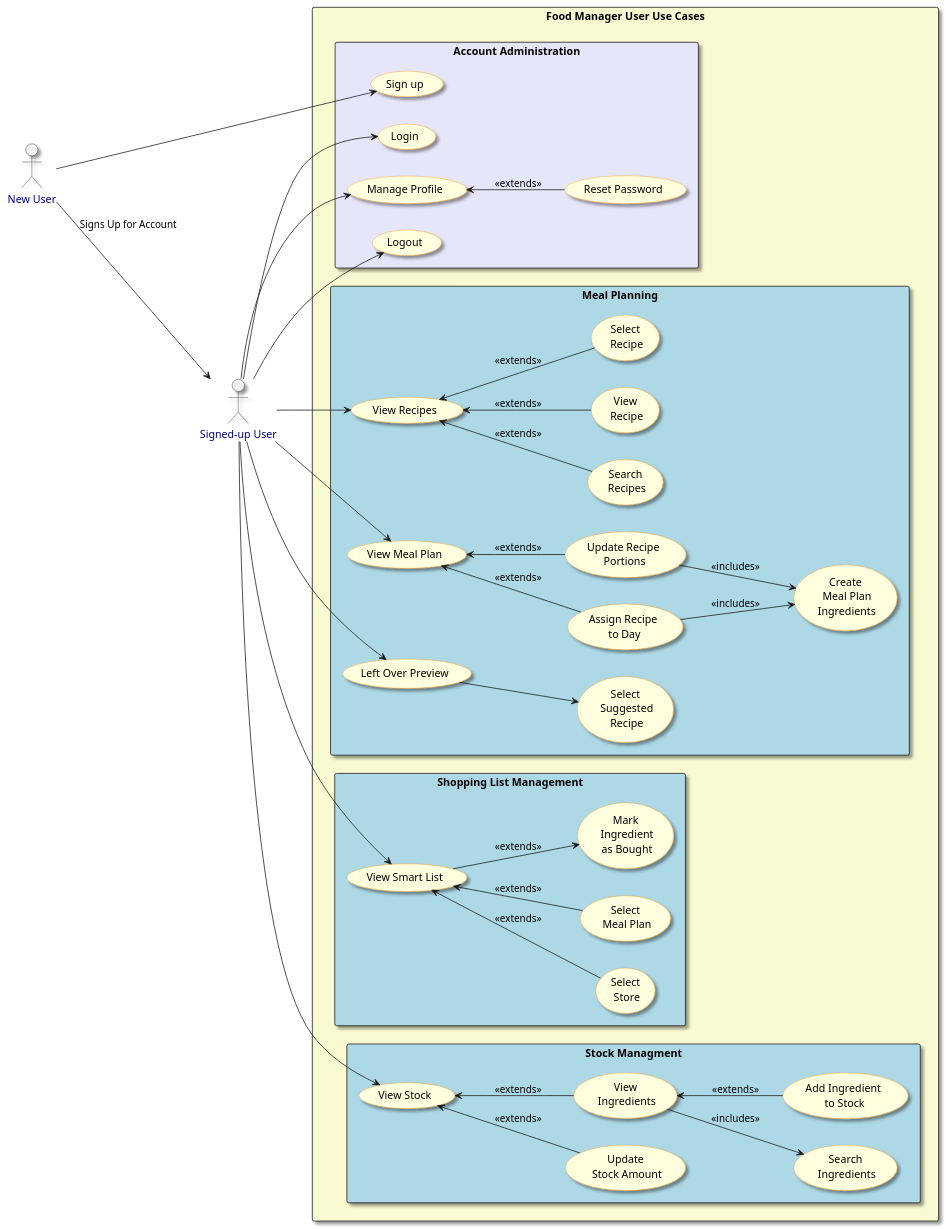
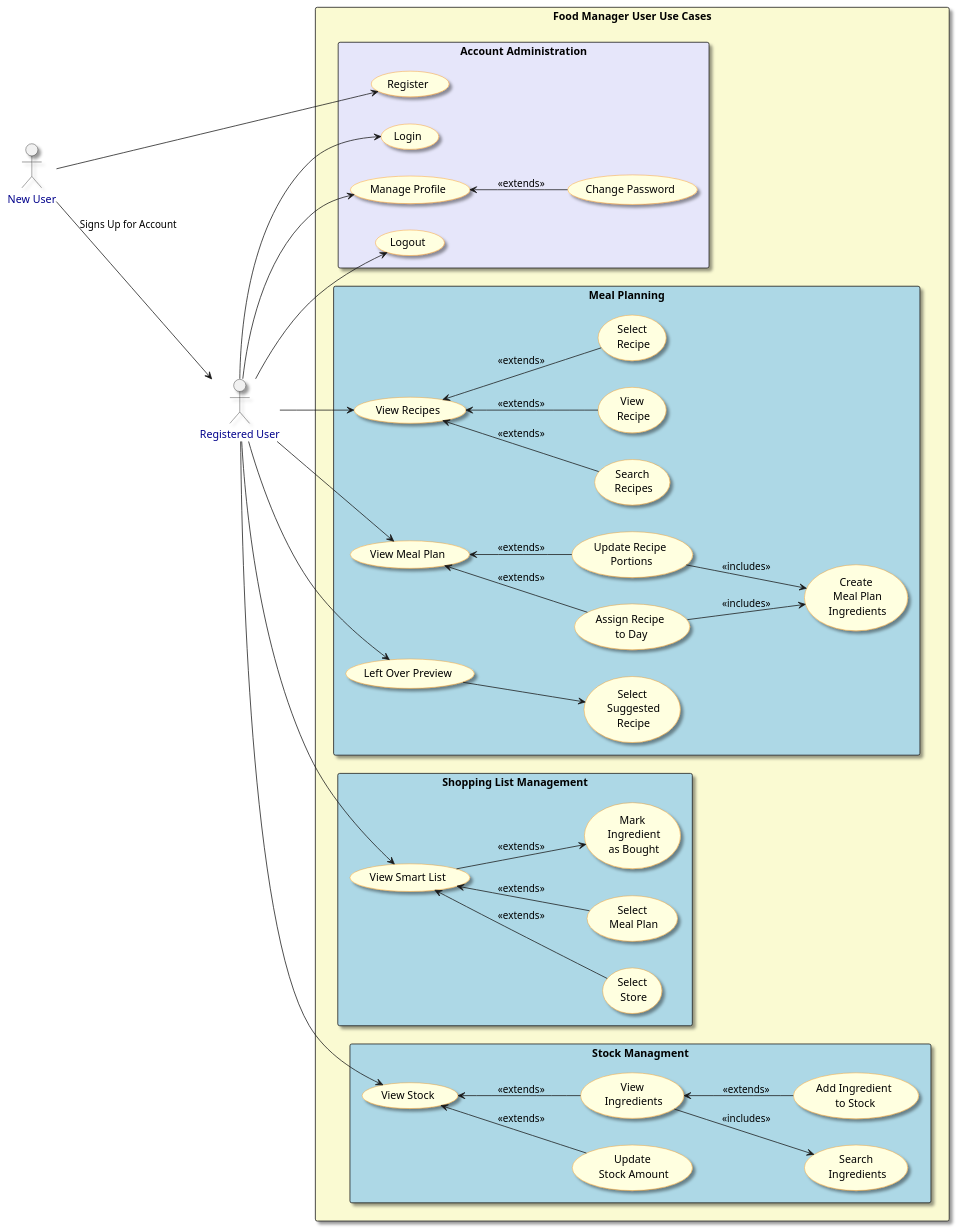
Before and after one commit to jbrun001/foodmanager: the first of 2 diagrams in documentation/designandmethods/user-usecaseLevel0.puml, drawn with PlantUML. The commit also changed 28 other files, not shown here.

Commit message:
activity, sequence and class updates not complete

```diff
--- a/documentation/designandmethods/user-usecaseLevel0.puml
+++ b/documentation/designandmethods/user-usecaseLevel0.puml
@@ -1,75 +1,75 @@
 @startuml Level0
 
 skinparam shadowing true
 skinparam usecase {
     BackgroundColor LightYellow
     BorderColor DarkOrange
     FontColor Black
     FontSize 14
 }
 
 skinparam actor {
     FontColor DarkBlue
 }
 
 actor NewUser as "New User"
-actor User as "Signed-up User"
+actor User as "Registered User"
 'actor Admin as "Admin User"
 
 NewUser --> User : "Signs Up for Account"
 rectangle "Food Manager User Use Cases" #LightGoldenRodYellow {
     left to right direction
     rectangle "Account Administration" #Lavender {
         User --> (Login) 
         User --> (Manage Profile)
-        (Manage Profile) <-- (Reset Password) : <<extends>>
-        NewUser --> (Sign up)
+        (Manage Profile) <-- (Change Password) : <<extends>>
+        NewUser --> (Register)
         User --> (Logout) 
     }
 
     rectangle "Meal Planning" #LightBlue {
         User --> (View Recipes)
         (View Recipes) <-- (Search\n Recipes) : <<extends>>
         (View Recipes) <-- (View\n Recipe) : <<extends>>
         (View Recipes) <-- (Select\n Recipe) : <<extends>>
         User --> (View Meal Plan)
         (View Meal Plan) <-- (Assign Recipe\n to Day) : <<extends>>
         (Assign Recipe\n to Day) --> (Create\n Meal Plan\n Ingredients) : <<includes>>
         (Update Recipe\n Portions) --> (Create\n Meal Plan\n Ingredients) : <<includes>>
         (View Meal Plan) <-- (Update Recipe\n Portions) : <<extends>>
         User --> (Left Over Preview)
         (Left Over Preview) --> (Select\n Suggested\n Recipe)
     }
 
     rectangle "Shopping List Management" #LightBlue {
         User --> (View Smart List)
         (View Smart List) <-- (Select\n Store) : <<extends>>
         (View Smart List) <-- (Select\n Meal Plan) : <<extends>>
         (View Smart List) --> (Mark\n Ingredient\n as Bought) : <<extends>>
 
     }
 
     rectangle "Stock Managment" #LightBlue {
       
         User --> (View Stock)
 
         (View Stock) <-- (Update\n Stock Amount) : <<extends>>
         (View Stock) <-- (View\n Ingredients) : <<extends>>
         (View\n Ingredients) --> (Search\n Ingredients) : <<includes>>
         (View\n Ingredients) <-- (Add Ingredient\n to Stock) : <<extends>>
     }
     
 'rectangle "Food Manager Admin Use Cases" #LightGoldenRodYellow {
 '    rectangle "Recipe Managment" #LightBlue {
 '        (Manage Users) <-- Admin
 '        (Manage Quantities) <-- Admin
 '         (Manage Ingredients) <-- Admin
 '        (Manage Recipes) <-- Admin
 '        (Downloads) <-- Admin
 '        (Login) <-- Admin
 '        (Manage Profile) <-- Admin
 '        (Logout) <-- Admin
 '    }
 '}
 }
 @enduml
```
